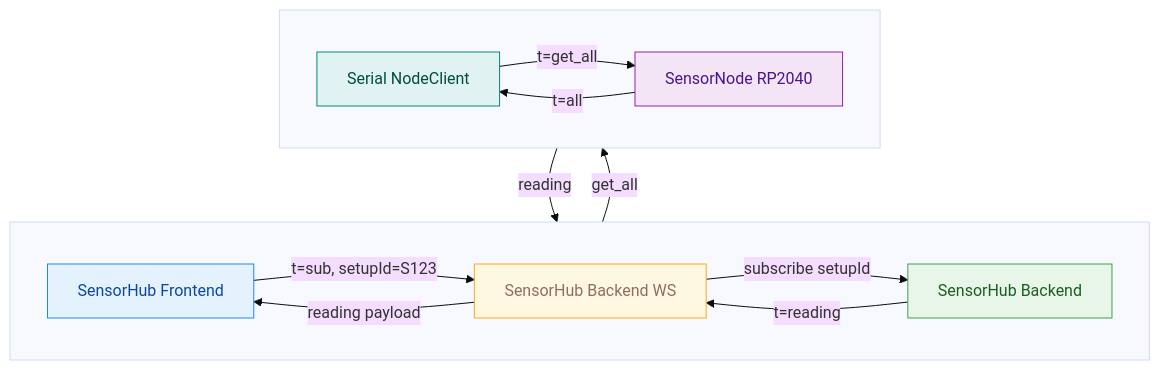
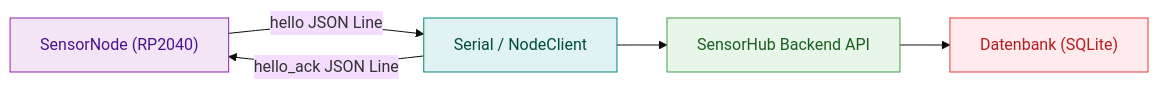
One commit to nilu-s/Hydroponik_Observer changed the first of 3 diagrams in docs/protocols.md. Above: the diagram before and after it, drawn with Mermaid (base theme). The commit also changed other lines of this file and 18 other files, not shown here.

````diff
--- a/docs/protocols.md
+++ b/docs/protocols.md
@@ -17,30 +22,26 @@
 ```mermaid
-flowchart TB
-  subgraph Top[" "]
-    direction LR
-    UI[SensorHub Frontend]
-    WS[SensorHub Backend WS]
-    Backend[SensorHub Backend]
-  end
+flowchart LR
+    SensorNode["SensorNode (RP2040)"]
+    SerialNodeClient["Serial / NodeClient"]
+    BackendAPI["SensorHub Backend API"]
+    Database["Datenbank (SQLite)"]
 
-  subgraph Bottom[" "]
-    direction LR
-    Serial[Serial NodeClient]
-    Node[SensorNode RP2040]
-  end
+    SensorNode -->|hello JSON Line| SerialNodeClient
+    SerialNodeClient -->|hello_ack JSON Line| SensorNode
+    SerialNodeClient --> BackendAPI
+    BackendAPI --> Database
 
-  UI -->|t=sub, setupId=S123| WS
-  WS -->|subscribe setupId| Backend
-  Backend -->|get_all| Serial
-  Serial -->|t=get_all| Node
-  Node -->|t=all| Serial
-  Serial -->|reading| Backend
-  Backend -->|t=reading| WS
-  WS -->|reading payload| UI
+    classDef frontend fill:#E3F2FD,stroke:#1E88E5,color:#0D47A1;
+    classDef backend fill:#E8F5E9,stroke:#43A047,color:#1B5E20;
+    classDef live fill:#FFF8E1,stroke:#F9A825,color:#8D6E63;
+    classDef serial fill:#E0F2F1,stroke:#00897B,color:#004D40;
+    classDef node fill:#F3E5F5,stroke:#8E24AA,color:#4A148C;
+    classDef worker fill:#FFF3E0,stroke:#FB8C00,color:#E65100;
+    classDef db fill:#FFEBEE,stroke:#E53935,color:#B71C1C;
+    classDef photos fill:#FCE4EC,stroke:#D81B60,color:#880E4F;
 
-  style UI fill:#E3F2FD,stroke:#1E88E5,color:#0D47A1
-  style WS fill:#FFF8E1,stroke:#F9A825,color:#8D6E63
-  style Backend fill:#E8F5E9,stroke:#43A047,color:#1B5E20
-  style Serial fill:#E0F2F1,stroke:#00897B,color:#004D40
-  style Node fill:#F3E5F5,stroke:#8E24AA,color:#4A148C
+    class SerialNodeClient serial;
+    class SensorNode node;
+    class BackendAPI backend;
+    class Database db;
 ```
````
